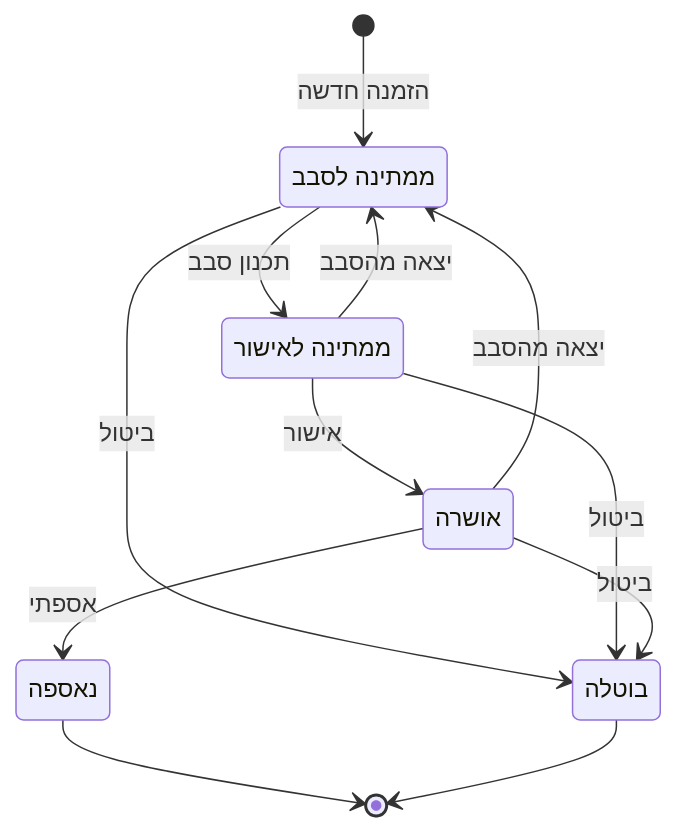
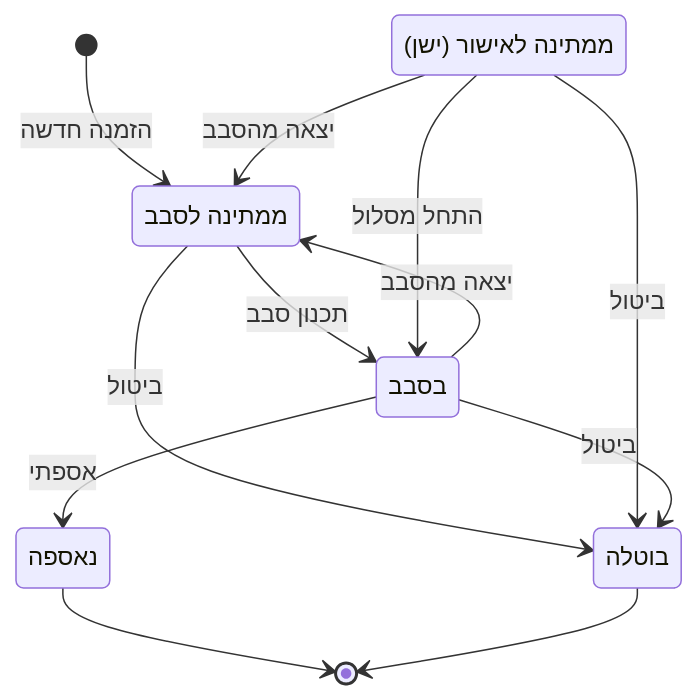
Before and after one commit to uriel-s/Latet-od: the diagram in docs/spec.md, drawn with Mermaid. The commit also changed other lines of this file and 60 other files, not shown here.

````diff
--- a/docs/spec.md
+++ b/docs/spec.md
@@ -195,20 +194,20 @@
 ```mermaid
 stateDiagram-v2
     state "ממתינה לסבב" as waiting
-    state "ממתינה לאישור" as pending
-    state "אושרה" as confirmed
+    state "ממתינה לאישור (ישן)" as pending
+    state "בסבב" as confirmed
     state "נאספה" as collected
     state "בוטלה" as cancelled
 
     [*] --> waiting: הזמנה חדשה
-    waiting --> pending: תכנון סבב
-    pending --> confirmed: אישור
+    waiting --> confirmed: תכנון סבב
+    pending --> confirmed: התחל מסלול
     pending --> waiting: יצאה מהסבב
     confirmed --> waiting: יצאה מהסבב
     confirmed --> collected: אספתי
     waiting --> cancelled: ביטול
     pending --> cancelled: ביטול
     confirmed --> cancelled: ביטול
     collected --> [*]
     cancelled --> [*]
 ```
````
